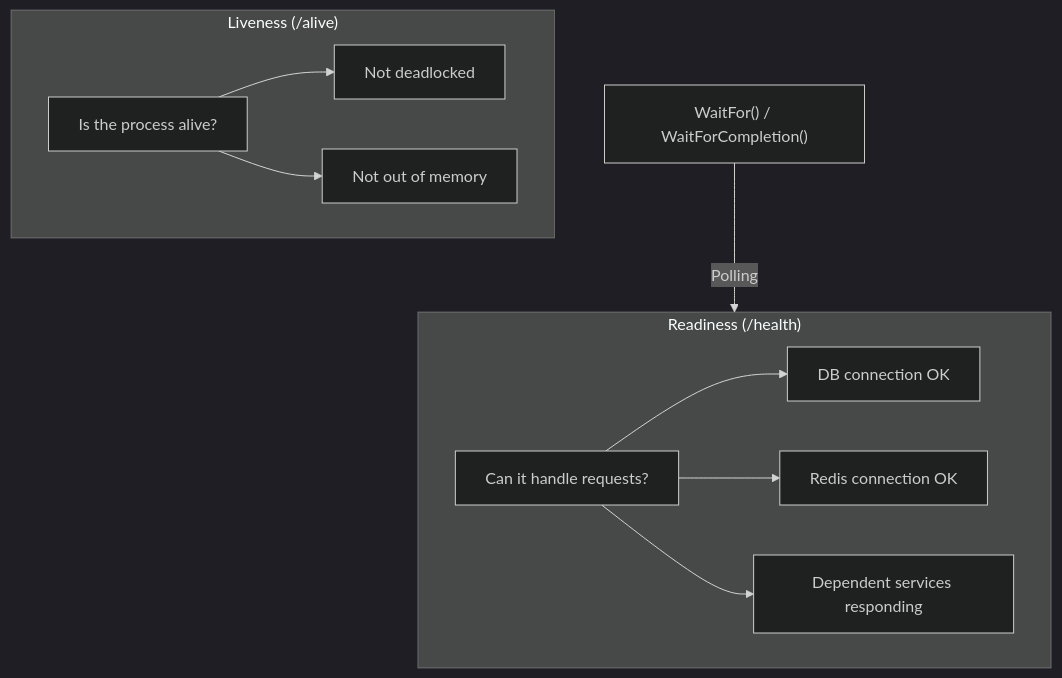
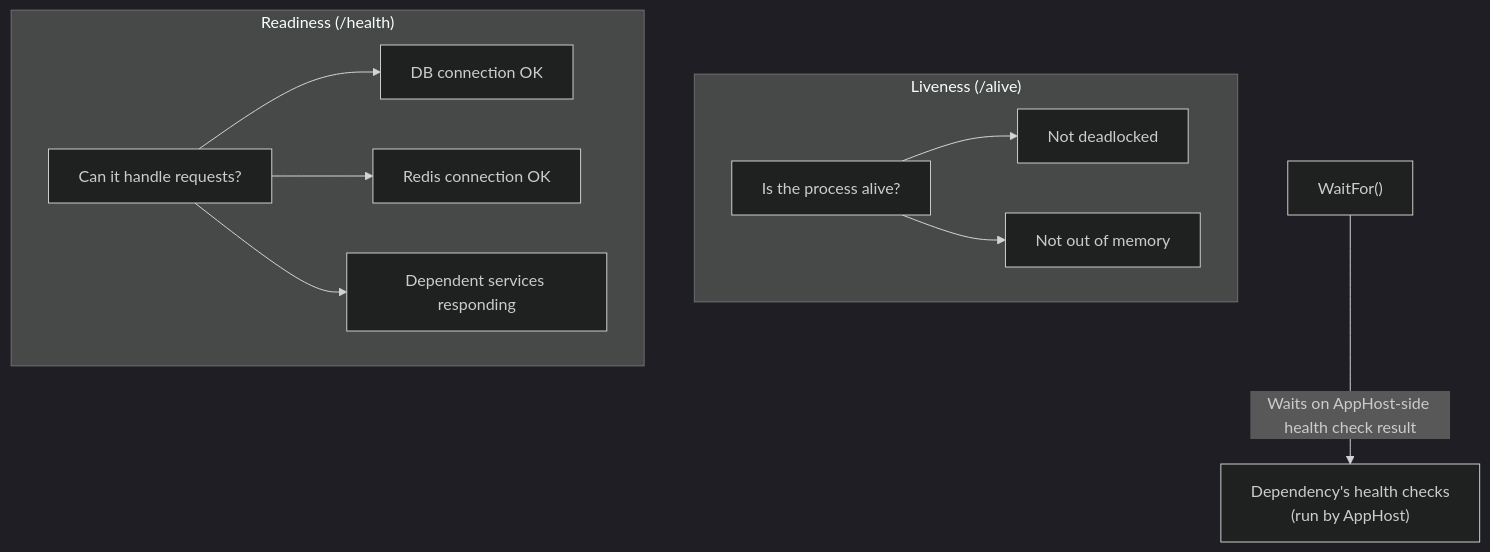
Diagram 12 of 18 in content/blog/en/dotnet-aspire.mdx (yoichiozaki/yoichiozaki.github.io), drawn with Mermaid (dark theme) before and after one commit. The commit also changed other lines of this file and 116 other files, not shown here.

````diff
--- a/content/blog/en/dotnet-aspire.mdx
+++ b/content/blog/en/dotnet-aspire.mdx
@@ -746,18 +750,19 @@
 ```mermaid
 graph TD
     subgraph Liveness["Liveness (/alive)"]
         L["Is the process alive?"]
         L --> L1["Not deadlocked"]
         L --> L2["Not out of memory"]
     end
 
     subgraph Readiness["Readiness (/health)"]
         R["Can it handle requests?"]
         R --> R1["DB connection OK"]
         R --> R2["Redis connection OK"]
         R --> R3["Dependent services responding"]
     end
 
-    WaitFor["WaitFor() / WaitForCompletion()"]
-    WaitFor -->|Polling| Readiness
+    WaitFor["WaitFor()"]
+    HC["Dependency's health checks<br/>(run by AppHost)"]
+    WaitFor -->|Waits on AppHost-side health check result| HC
 ```
````
